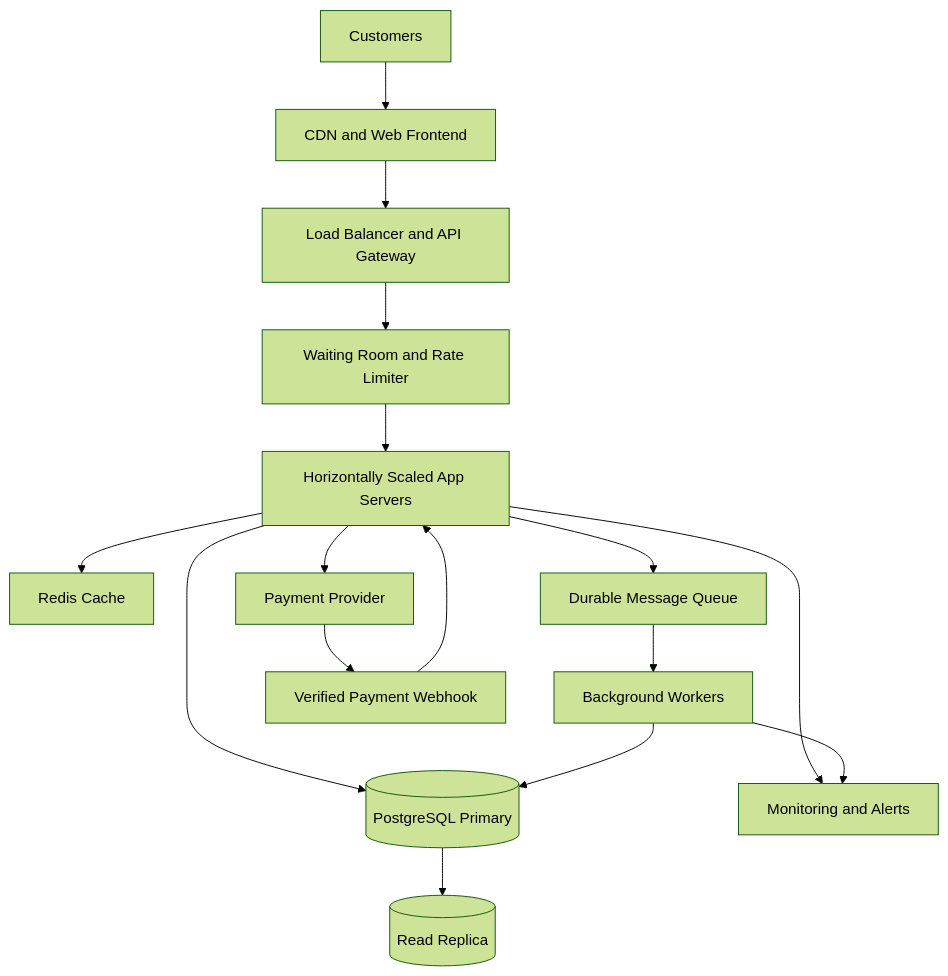
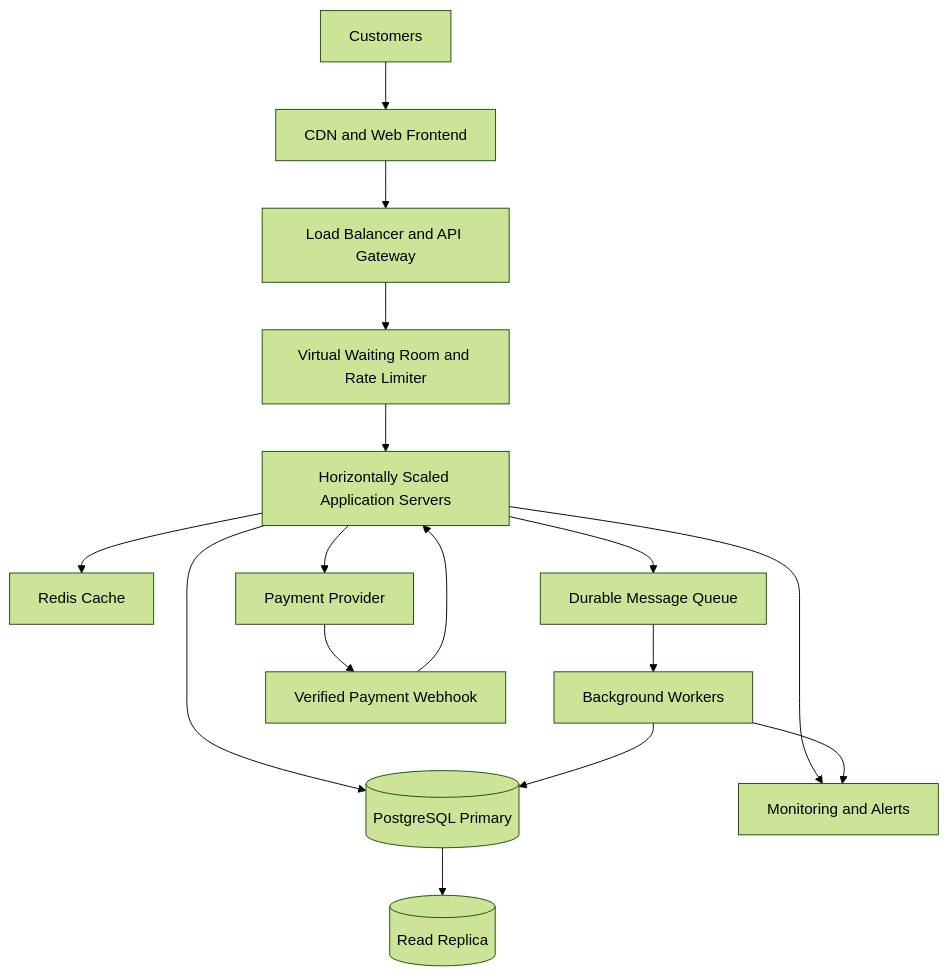
One commit to hanaDemma/web-foundations changed the diagram in web-foundations-days/day8/ticketing-design.md. Above: the diagram before and after it, drawn with Mermaid (forest theme). The commit also changed other lines of this file, not shown here.

````diff
--- a/web-foundations-days/day8/ticketing-design.md
+++ b/web-foundations-days/day8/ticketing-design.md
@@ -354,21 +526,22 @@
 ```mermaid
 flowchart TD
     U[Customers] --> CDN[CDN and Web Frontend]
     CDN --> LB[Load Balancer and API Gateway]
-    LB --> WR[Waiting Room and Rate Limiter]
-    WR --> APP[Horizontally Scaled App Servers]
+    LB --> WR[Virtual Waiting Room and Rate Limiter]
+    WR --> APP[Horizontally Scaled Application Servers]
 
     APP --> CACHE[Redis Cache]
     APP --> DB[(PostgreSQL Primary)]
     DB --> RR[(Read Replica)]
+
     APP --> Q[Durable Message Queue]
     Q --> WORKER[Background Workers]
 
     APP --> PAY[Payment Provider]
     PAY --> WH[Verified Payment Webhook]
     WH --> APP
 
     WORKER --> DB
     APP --> MON[Monitoring and Alerts]
     WORKER --> MON
 ```
````
